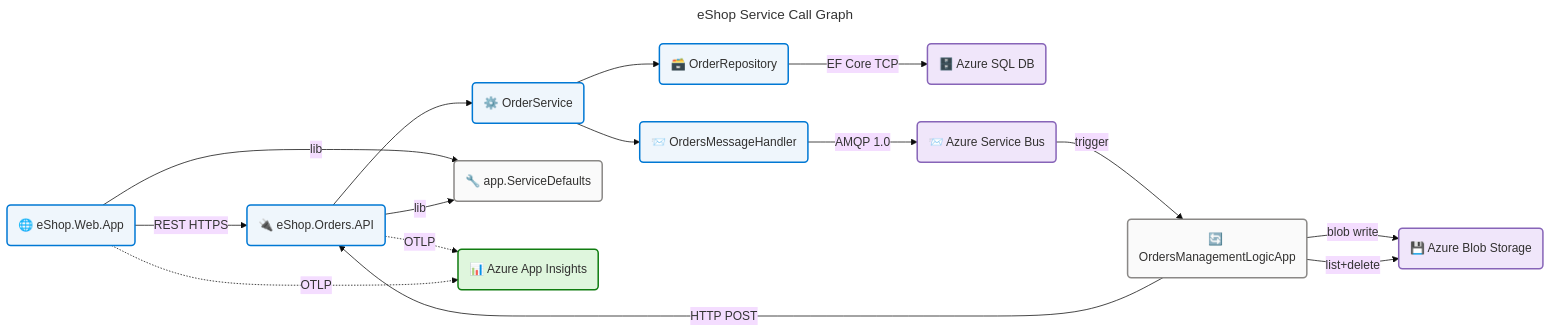
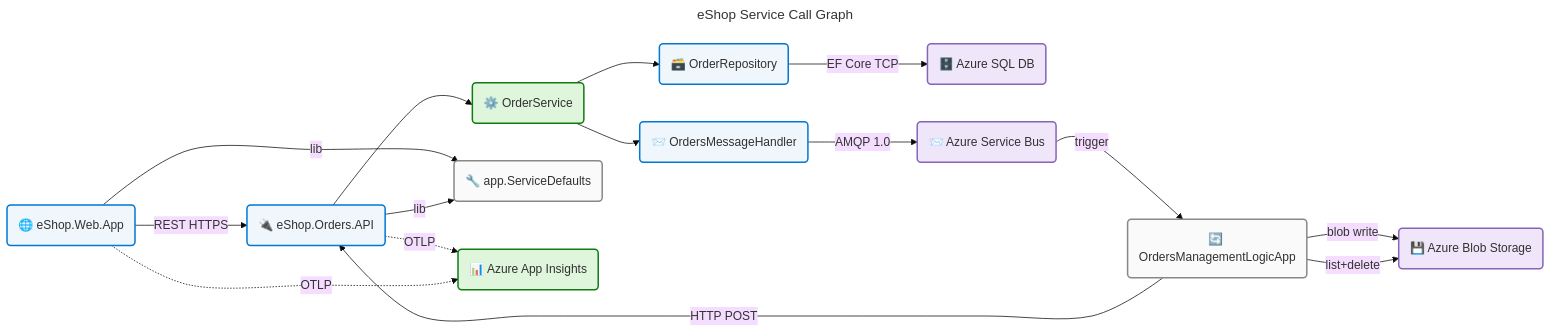
Before and after one commit to Evilazaro/Azure-LogicApps-Monitoring: the sixth of 8 diagrams in docs/architecture/application-architecture.md, drawn with Mermaid. The commit also changed other lines of this file, not shown here.

Commit message:
Enhance Mermaid diagrams with improved label formatting and curve settings for better readability

````diff
--- a/docs/architecture/application-architecture.md
+++ b/docs/architecture/application-architecture.md
@@ -1757,60 +1763,61 @@
 ```mermaid
 ---
 title: eShop Service Call Graph
 config:
   theme: base
   look: classic
   layout: dagre
   themeVariables:
     fontSize: '16px'
   flowchart:
     htmlLabels: true
+    curve: cardinal
 ---
 flowchart LR
     accTitle: eShop Service Call Graph
     accDescr: Directed graph showing all service-to-service call relationships and dependencies with protocol labels. WCAG AA compliant.
 
     %% ═══════════════════════════════════════════════════════════════════════════
     %% AZURE / FLUENT ARCHITECTURE PATTERN v1.1
     %% (Semantic + Structural + Font + Accessibility Governance)
     %% ═══════════════════════════════════════════════════════════════════════════
     %% PHASE 1 - FLUENT UI: All styling uses approved Fluent UI palette only
     %% PHASE 2 - GROUPS: Every subgraph has semantic color via style directive
     %% PHASE 3 - COMPONENTS: Every node has semantic classDef + icon prefix
     %% PHASE 4 - ACCESSIBILITY: accTitle/accDescr present, WCAG AA contrast
     %% PHASE 5 - STANDARD: Governance block present, classDefs centralized
     %% ═══════════════════════════════════════════════════════════════════════════
 
     WEB("🌐 eShop.Web.App"):::core
     API("🔌 eShop.Orders.API"):::core
-    SVC("⚙️ OrderService"):::core
+    SVC("⚙️ OrderService"):::success
     REPO("🗃️ OrderRepository"):::core
     OMSG("📨 OrdersMessageHandler"):::core
     LA("🔄 OrdersManagementLogicApp"):::neutral
     SD("🔧 app.ServiceDefaults"):::neutral
     DB("🗄️ Azure SQL DB"):::data
     SB("📨 Azure Service Bus"):::data
     BLOB("💾 Azure Blob Storage"):::data
     AI("📊 Azure App Insights"):::success
 
     WEB -->|"REST HTTPS"| API
     WEB -->|"lib"| SD
     API -->|"lib"| SD
     API --> SVC
     SVC --> REPO
     SVC --> OMSG
     REPO -->|"EF Core TCP"| DB
     OMSG -->|"AMQP 1.0"| SB
     SB -->|"trigger"| LA
     LA -->|"HTTP POST"| API
     LA -->|"blob write"| BLOB
     LA -->|"list+delete"| BLOB
     API -.->|"OTLP"| AI
     WEB -.->|"OTLP"| AI
 
     %% Centralized classDefs
     classDef neutral fill:#FAFAFA,stroke:#8A8886,stroke-width:2px,color:#323130
     classDef core fill:#EFF6FC,stroke:#0078D4,stroke-width:2px,color:#323130
     classDef data fill:#F0E6FA,stroke:#8764B8,stroke-width:2px,color:#323130
     classDef success fill:#DFF6DD,stroke:#107C10,stroke-width:2px,color:#323130
 ```
````
